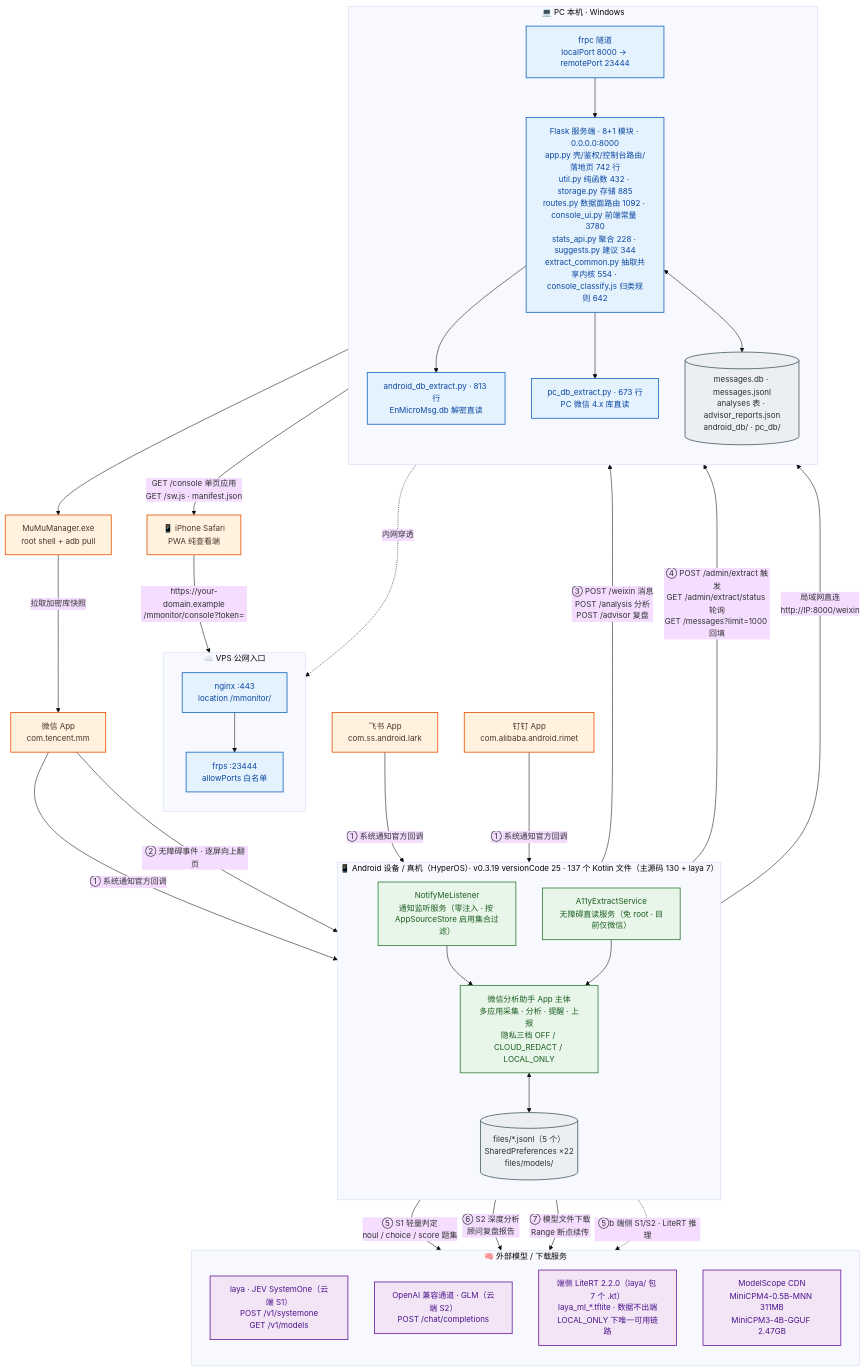
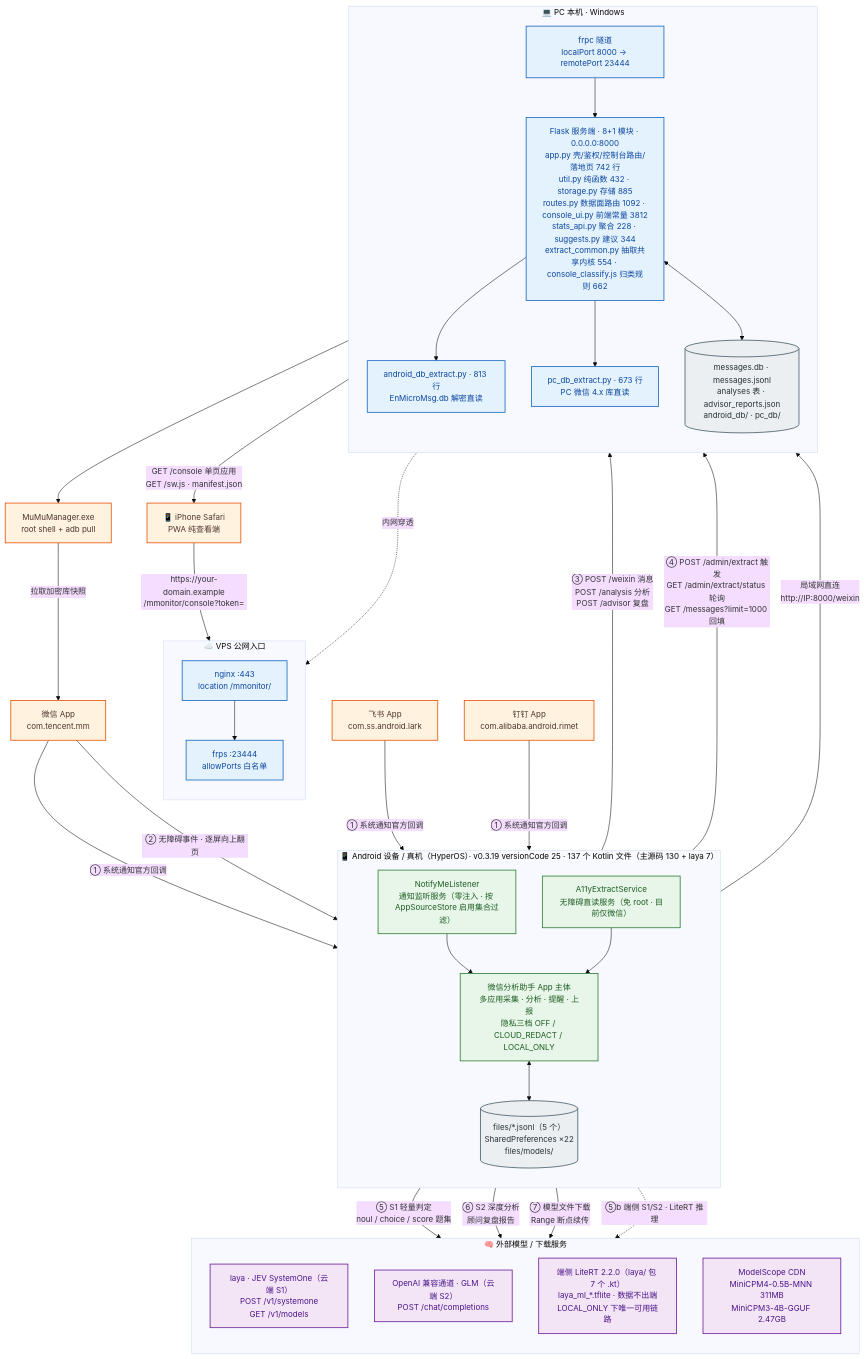
One commit to solidjoker/notifyme changed the diagram in docs/architecture/diagrams/01-system-context.mmd. Above: the diagram before and after it, drawn with Mermaid. The commit also changed 14 other files, not shown here.

First line of the commit message:
fix(console): 列表角标优先报全库条数，拿不到 /stats 或已筛选时才退回本页 (#79)

```diff
--- a/docs/architecture/diagrams/01-system-context.mmd
+++ b/docs/architecture/diagrams/01-system-context.mmd
@@ -1,70 +1,70 @@
 %%{init: {'theme':'base','themeVariables':{'fontSize':'15px','fontFamily':'Microsoft YaHei, PingFang SC, sans-serif'},'flowchart':{'htmlLabels':true,'curve':'basis'}}}%%
 flowchart TB
     classDef ext  fill:#fff3e0,stroke:#e65100,stroke-width:1.5px,color:#4e342e
     classDef app  fill:#e8f5e9,stroke:#2e7d32,stroke-width:1.5px,color:#1b5e20
     classDef srv  fill:#e3f2fd,stroke:#1565c0,stroke-width:1.5px,color:#0d47a1
     classDef llm  fill:#f3e5f5,stroke:#6a1b9a,stroke-width:1.5px,color:#4a148c
     classDef store fill:#eceff1,stroke:#455a64,stroke-width:1.5px,color:#263238
 
     WX["微信 App<br/>com.tencent.mm"]:::ext
     FS["飞书 App<br/>com.ss.android.lark"]:::ext
     DT["钉钉 App<br/>com.alibaba.android.rimet"]:::ext
 
     subgraph DEV["📱 Android 设备 / 真机（HyperOS）· v0.3.19 versionCode 25 · 137 个 Kotlin 文件（主源码 130 + laya 7）"]
         direction TB
         NL["NotifyMeListener<br/>通知监听服务（零注入 · 按 AppSourceStore 启用集合过滤）"]:::app
         A11Y["A11yExtractService<br/>无障碍直读服务（免 root · 目前仅微信）"]:::app
         CORE["微信分析助手 App 主体<br/>多应用采集 · 分析 · 提醒 · 上报<br/>隐私三档 OFF / CLOUD_REDACT / LOCAL_ONLY"]:::app
         STORE[("files/*.jsonl（5 个）<br/>SharedPreferences ×22<br/>files/models/")]:::store
         NL --> CORE
         A11Y --> CORE
         CORE <--> STORE
     end
 
     subgraph HOST["💻 PC 本机 · Windows"]
         direction TB
-        FLASK["Flask 服务端 · 8+1 模块 · 0.0.0.0:8000<br/>app.py 壳/鉴权/控制台路由/落地页 742 行<br/>util.py 纯函数 432 · storage.py 存储 885<br/>routes.py 数据面路由 1092 · console_ui.py 前端常量 3780<br/>stats_api.py 聚合 228 · suggests.py 建议 344<br/>extract_common.py 抽取共享内核 554 · console_classify.js 归类规则 642"]:::srv
+        FLASK["Flask 服务端 · 8+1 模块 · 0.0.0.0:8000<br/>app.py 壳/鉴权/控制台路由/落地页 742 行<br/>util.py 纯函数 432 · storage.py 存储 885<br/>routes.py 数据面路由 1092 · console_ui.py 前端常量 3812<br/>stats_api.py 聚合 228 · suggests.py 建议 344<br/>extract_common.py 抽取共享内核 554 · console_classify.js 归类规则 662"]:::srv
         ADBEX["android_db_extract.py · 813 行<br/>EnMicroMsg.db 解密直读"]:::srv
         PCEX["pc_db_extract.py · 673 行<br/>PC 微信 4.x 库直读"]:::srv
         DB[("messages.db · messages.jsonl<br/>analyses 表 · advisor_reports.json<br/>android_db/ · pc_db/")]:::store
         FRPC["frpc 隧道<br/>localPort 8000 → remotePort 23444"]:::srv
         FLASK --> ADBEX
         FLASK --> PCEX
         FLASK <--> DB
         FRPC --> FLASK
     end
 
     subgraph VPS["☁️ VPS 公网入口"]
         direction TB
         NGINX["nginx :443<br/>location /mmonitor/"]:::srv
         FRPS["frps :23444<br/>allowPorts 白名单"]:::srv
         NGINX --> FRPS
     end
 
     subgraph AI["🧠 外部模型 / 下载服务"]
         direction TB
         LAYA["laya · JEV SystemOne（云端 S1）<br/>POST /v1/systemone<br/>GET /v1/models"]:::llm
         GLM["OpenAI 兼容通道 · GLM（云端 S2）<br/>POST /chat/completions"]:::llm
         LITE["端侧 LiteRT 2.2.0（laya/ 包 7 个 .kt）<br/>laya_ml_*.tflite · 数据不出端<br/>LOCAL_ONLY 下唯一可用链路"]:::llm
         MS["ModelScope CDN<br/>MiniCPM4-0.5B-MNN 311MB<br/>MiniCPM3-4B-GGUF 2.47GB"]:::llm
     end
 
     MUMU["MuMuManager.exe<br/>root shell + adb pull"]:::ext
     IPHONE["📱 iPhone Safari<br/>PWA 纯查看端"]:::ext
 
     WX -->|"① 系统通知官方回调"| NL
     FS -->|"① 系统通知官方回调"| NL
     DT -->|"① 系统通知官方回调"| NL
     WX -->|"② 无障碍事件 · 逐屏向上翻页"| A11Y
     CORE -->|"③ POST /weixin 消息<br/>POST /analysis 分析<br/>POST /advisor 复盘"| FLASK
     CORE -->|"④ POST /admin/extract 触发<br/>GET /admin/extract/status 轮询<br/>GET /messages?limit=1000 回填"| FLASK
     CORE -->|"⑤ S1 轻量判定<br/>noul / choice / score 题集"| LAYA
     CORE -->|"⑥ S2 深度分析<br/>顾问复盘报告"| GLM
     CORE -->|"⑦ 模型文件下载<br/>Range 断点续传"| MS
     CORE -.->|"⑤b 端侧 S1/S2 · LiteRT 推理"| LITE
     ADBEX --> MUMU
     MUMU -->|"拉取加密库快照"| WX
     CORE -->|"局域网直连<br/>http://IP:8000/weixin"| FLASK
     FRPC -.->|"内网穿透"| FRPS
     IPHONE -->|"https://your-domain.example<br/>/mmonitor/console?token="| NGINX
     FLASK -->|"GET /console 单页应用<br/>GET /sw.js · manifest.json"| IPHONE
```
